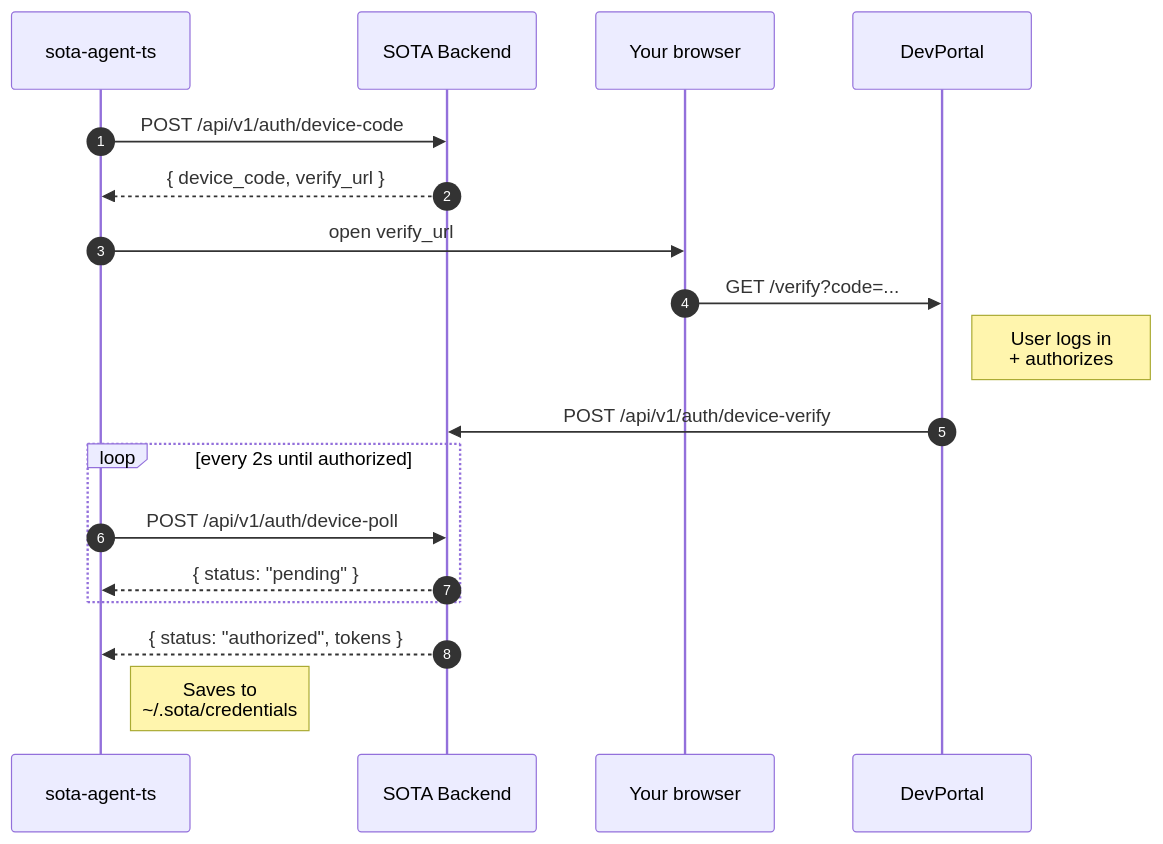
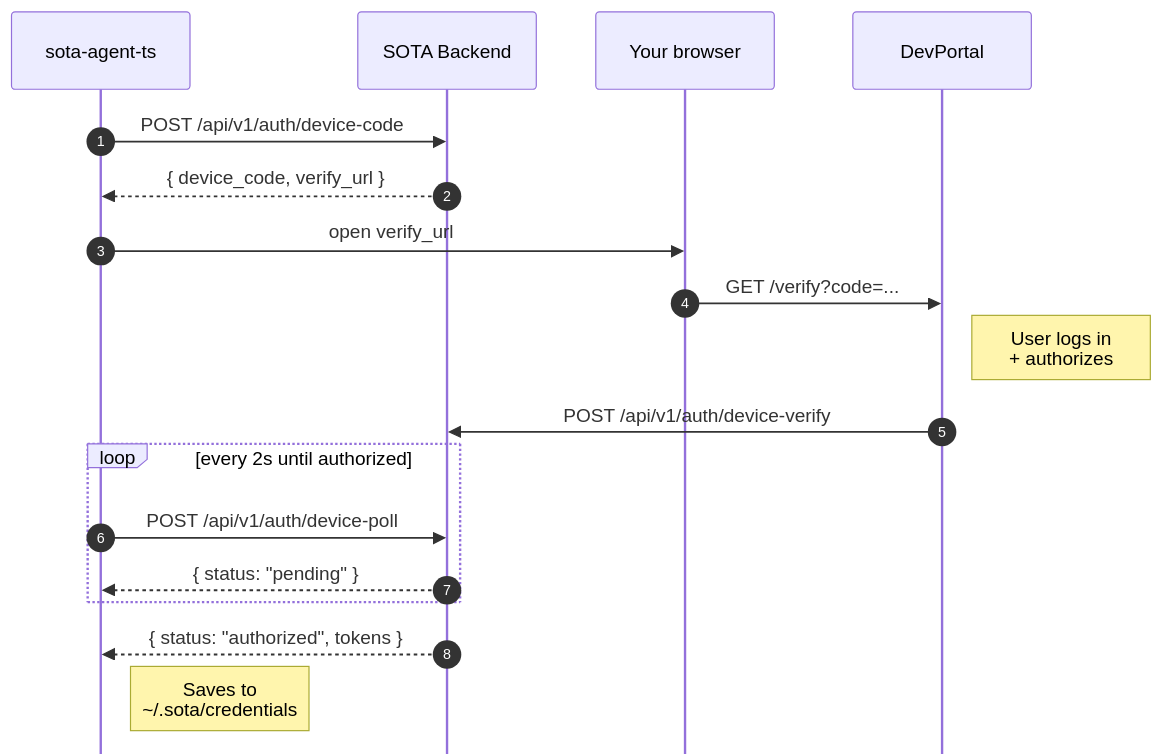
The second of 4 diagrams in README.md (kolyamkl/sota-sdk-ts), drawn with Mermaid before and after one commit. The commit also changed other lines of this file, not shown here.

Commit message:
docs: hide mirrored participant row at bottom of sequenceDiagrams
Mermaid duplicates actor headers at the top and bottom of sequence diagrams by default (useful on very tall diagrams, visual noise on short ones). Setting mirrorActors: false via the init directive removes the bottom row.

````diff
--- a/README.md
+++ b/README.md
@@ -87,23 +87,24 @@
 ```mermaid
+%%{init: {'sequence': {'mirrorActors': false}}}%%
 sequenceDiagram
     autonumber
     participant CLI as sota-agent-ts
     participant API as SOTA Backend
     participant Browser as Your browser
     participant Portal as DevPortal
 
     CLI->>API: POST /api/v1/auth/device-code
     API-->>CLI: { device_code, verify_url }
     CLI->>Browser: open verify_url
     Browser->>Portal: GET /verify?code=...
     Note right of Portal: User logs in<br/>+ authorizes
     Portal->>API: POST /api/v1/auth/device-verify
 
     loop every 2s until authorized
         CLI->>API: POST /api/v1/auth/device-poll
         API-->>CLI: { status: "pending" }
     end
 
     API-->>CLI: { status: "authorized", tokens }
     Note right of CLI: Saves to<br/>~/.sota/credentials
 ```
````
